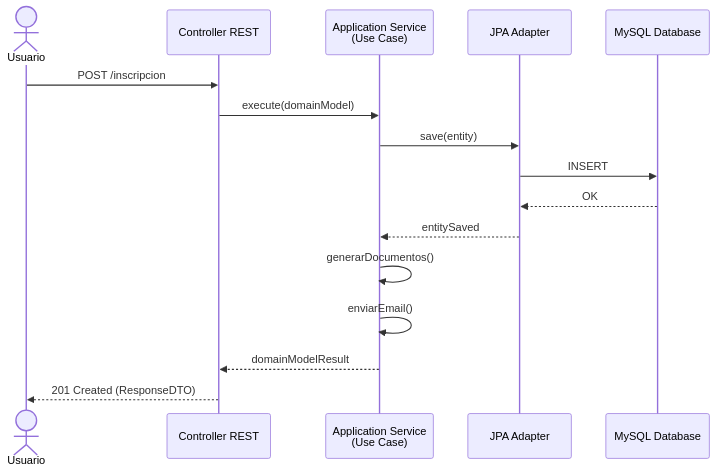
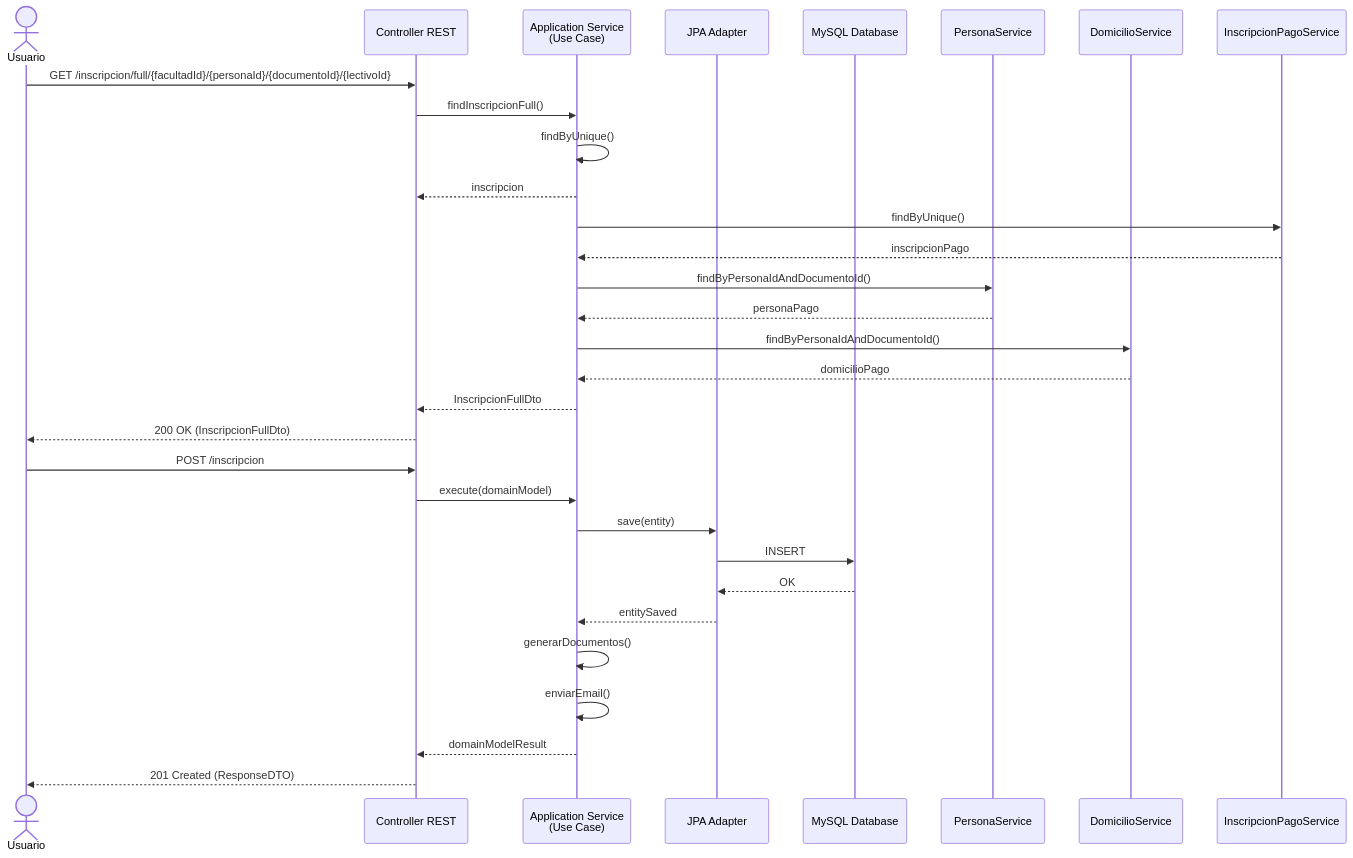
The diagram in docs/diagrams/flujo-inscripcion.mmd (UM-services/UM.facultad.core-service), drawn with Mermaid before and after one commit. The commit also changed 7 other files, not shown here.

First line of the commit message:
feat(inscripcion): add full inscription aggregated endpoint

```diff
--- a/docs/diagrams/flujo-inscripcion.mmd
+++ b/docs/diagrams/flujo-inscripcion.mmd
@@ -1,17 +1,33 @@
 sequenceDiagram
     actor U as Usuario
     participant C as Controller REST
     participant UC as Application Service<br/>(Use Case)
     participant AD as JPA Adapter
     participant DB as MySQL Database
+    participant PS as PersonaService
+    participant DS as DomicilioService
+    participant IPS as InscripcionPagoService
+
+    U->>C: GET /inscripcion/full/{facultadId}/{personaId}/{documentoId}/{lectivoId}
+    C->>UC: findInscripcionFull()
+    UC->>UC: findByUnique()
+    UC-->>C: inscripcion
+    UC->>IPS: findByUnique()
+    IPS-->>UC: inscripcionPago
+    UC->>PS: findByPersonaIdAndDocumentoId()
+    PS-->>UC: personaPago
+    UC->>DS: findByPersonaIdAndDocumentoId()
+    DS-->>UC: domicilioPago
+    UC-->>C: InscripcionFullDto
+    C-->>U: 200 OK (InscripcionFullDto)
 
     U->>C: POST /inscripcion
     C->>UC: execute(domainModel)
     UC->>AD: save(entity)
     AD->>DB: INSERT
     DB-->>AD: OK
     AD-->>UC: entitySaved
     UC->>UC: generarDocumentos()
     UC->>UC: enviarEmail()
     UC-->>C: domainModelResult
     C-->>U: 201 Created (ResponseDTO)
```
